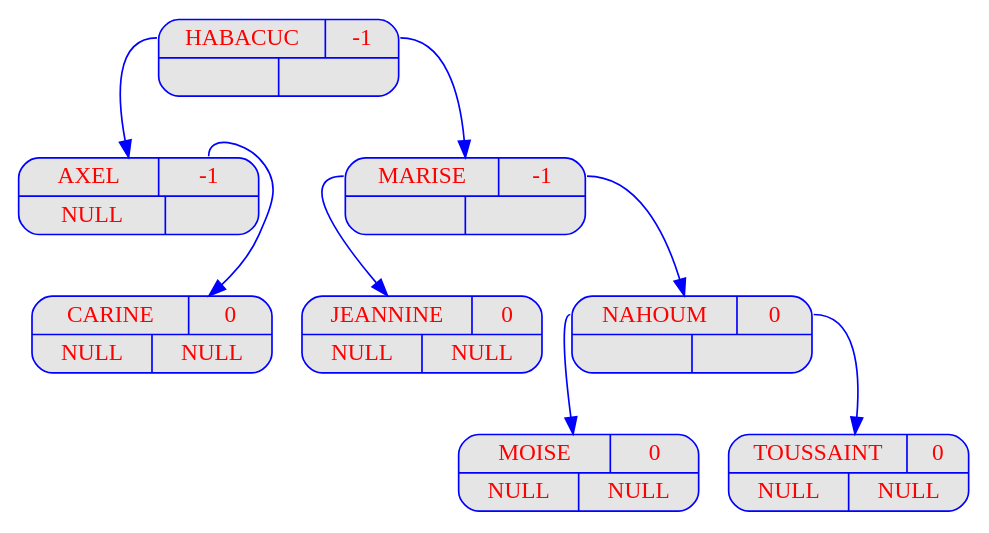
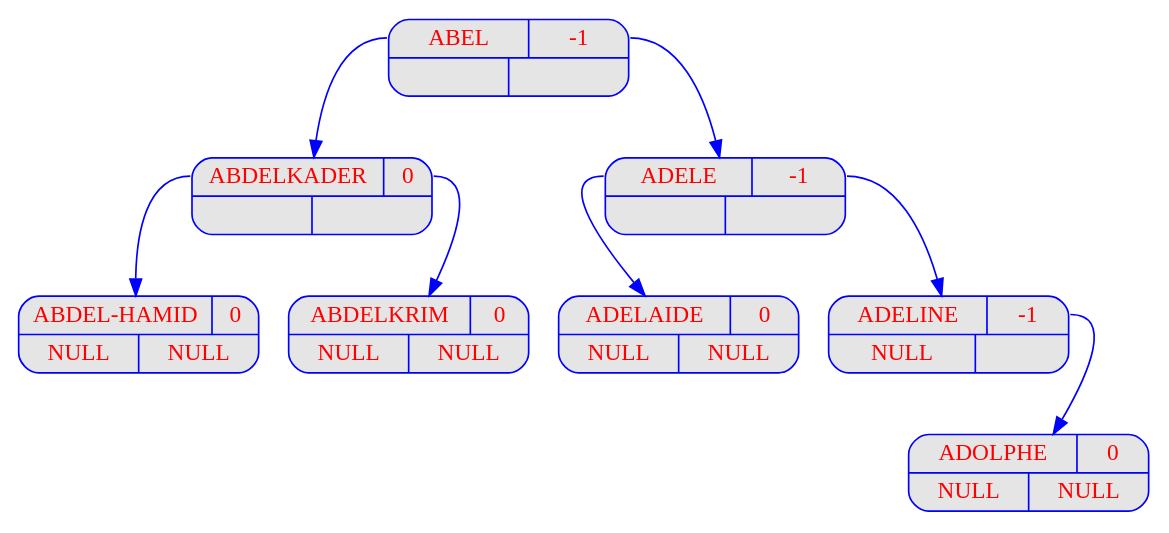
One commit to FilRougeAAP/Fil_Rouge changed the diagram in Programme_1/output_Prog1/dot/displayAVL_v07.dot. Above: the diagram before and after it, drawn with Graphviz. The commit also changed 45 other files, not shown here.

```diff
--- a/Programme_1/output_Prog1/dot/displayAVL_v07.dot
+++ b/Programme_1/output_Prog1/dot/displayAVL_v07.dot
@@ -1,37 +1,37 @@
 digraph displayAVL {
 	node [
 		fontname  = "Arial bold" 
 		fontsize  = "14"
 		fontcolor = "red"
 		style     = "rounded, filled"
 		shape     = "record"
 		fillcolor = "grey90"
 		color     = "blue"
 		width     = "2"
 	]
 
 	edge [
 		color     = "blue"
 	]
 
-	"HABACUC" [label = "{{<g> HABACUC | <d> -1 } | { <g> | <d>}}"];
-	"HABACUC":g -> "AXEL";
-	"AXEL" [label = "{{<g> AXEL | <d> -1 } | { <g> | <d>}}"];
-	"AXEL" [label = "{{<g> AXEL | <d> -1 }| { <g> NULL | <d> }}"];
-	"AXEL":d -> "CARINE";
-	"CARINE" [label = "{{<g> CARINE | <d> 0 } | { <g> | <d>}}"];
-	"CARINE" [label = "{{<g> CARINE | <d> 0 }| { <g> NULL | <d> NULL}}"];
-	"HABACUC":d -> "MARISE";
-	"MARISE" [label = "{{<g> MARISE | <d> -1 } | { <g> | <d>}}"];
-	"MARISE":g -> "JEANNINE";
-	"JEANNINE" [label = "{{<g> JEANNINE | <d> 0 } | { <g> | <d>}}"];
-	"JEANNINE" [label = "{{<g> JEANNINE | <d> 0 }| { <g> NULL | <d> NULL}}"];
-	"MARISE":d -> "NAHOUM";
-	"NAHOUM" [label = "{{<g> NAHOUM | <d> 0 } | { <g> | <d>}}"];
-	"NAHOUM":g -> "MOISE";
-	"MOISE" [label = "{{<g> MOISE | <d> 0 } | { <g> | <d>}}"];
-	"MOISE" [label = "{{<g> MOISE | <d> 0 }| { <g> NULL | <d> NULL}}"];
-	"NAHOUM":d -> "TOUSSAINT";
-	"TOUSSAINT" [label = "{{<g> TOUSSAINT | <d> 0 } | { <g> | <d>}}"];
-	"TOUSSAINT" [label = "{{<g> TOUSSAINT | <d> 0 }| { <g> NULL | <d> NULL}}"];
+	"ABEL" [label = "{{<g> ABEL | <d> -1 } | { <g> | <d>}}"];
+	"ABEL":g -> "ABDELKADER";
+	"ABDELKADER" [label = "{{<g> ABDELKADER | <d> 0 } | { <g> | <d>}}"];
+	"ABDELKADER":g -> "ABDEL-HAMID";
+	"ABDEL-HAMID" [label = "{{<g> ABDEL-HAMID | <d> 0 } | { <g> | <d>}}"];
+	"ABDEL-HAMID" [label = "{{<g> ABDEL-HAMID | <d> 0 }| { <g> NULL | <d> NULL}}"];
+	"ABDELKADER":d -> "ABDELKRIM";
+	"ABDELKRIM" [label = "{{<g> ABDELKRIM | <d> 0 } | { <g> | <d>}}"];
+	"ABDELKRIM" [label = "{{<g> ABDELKRIM | <d> 0 }| { <g> NULL | <d> NULL}}"];
+	"ABEL":d -> "ADELE";
+	"ADELE" [label = "{{<g> ADELE | <d> -1 } | { <g> | <d>}}"];
+	"ADELE":g -> "ADELAIDE";
+	"ADELAIDE" [label = "{{<g> ADELAIDE | <d> 0 } | { <g> | <d>}}"];
+	"ADELAIDE" [label = "{{<g> ADELAIDE | <d> 0 }| { <g> NULL | <d> NULL}}"];
+	"ADELE":d -> "ADELINE";
+	"ADELINE" [label = "{{<g> ADELINE | <d> -1 } | { <g> | <d>}}"];
+	"ADELINE" [label = "{{<g> ADELINE | <d> -1 }| { <g> NULL | <d> }}"];
+	"ADELINE":d -> "ADOLPHE";
+	"ADOLPHE" [label = "{{<g> ADOLPHE | <d> 0 } | { <g> | <d>}}"];
+	"ADOLPHE" [label = "{{<g> ADOLPHE | <d> 0 }| { <g> NULL | <d> NULL}}"];
 }
```
